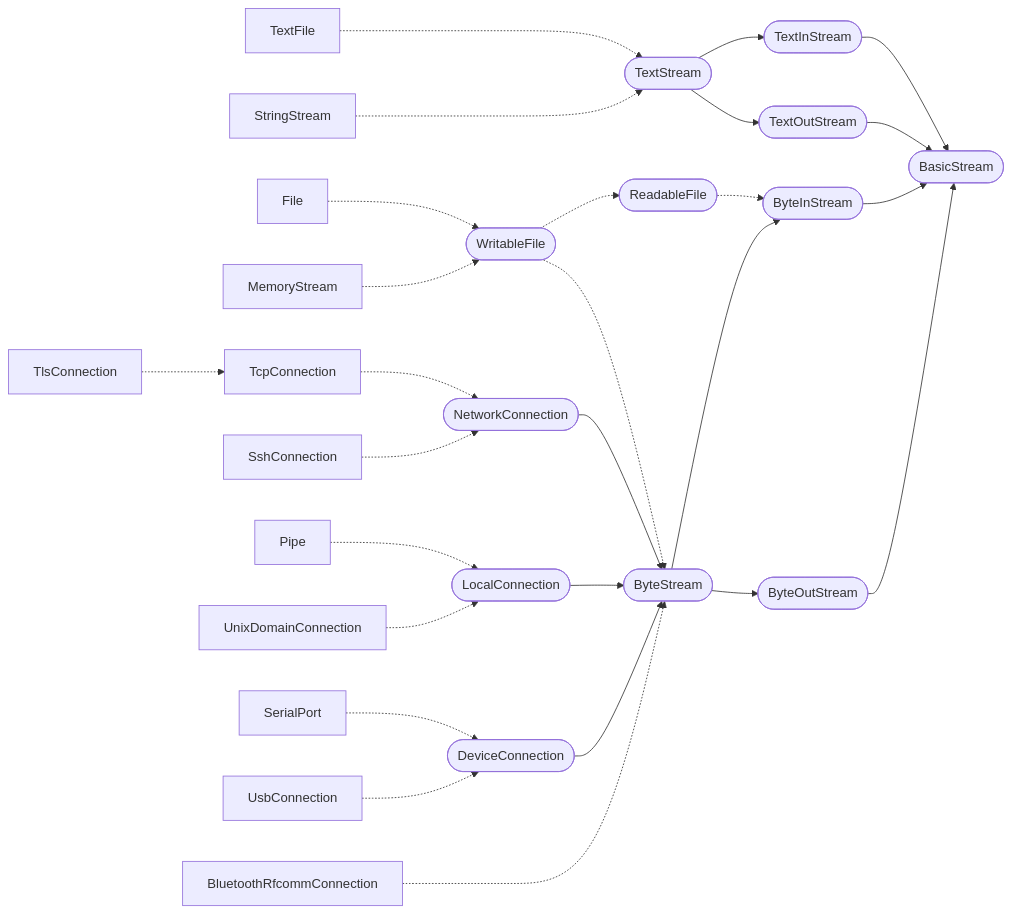
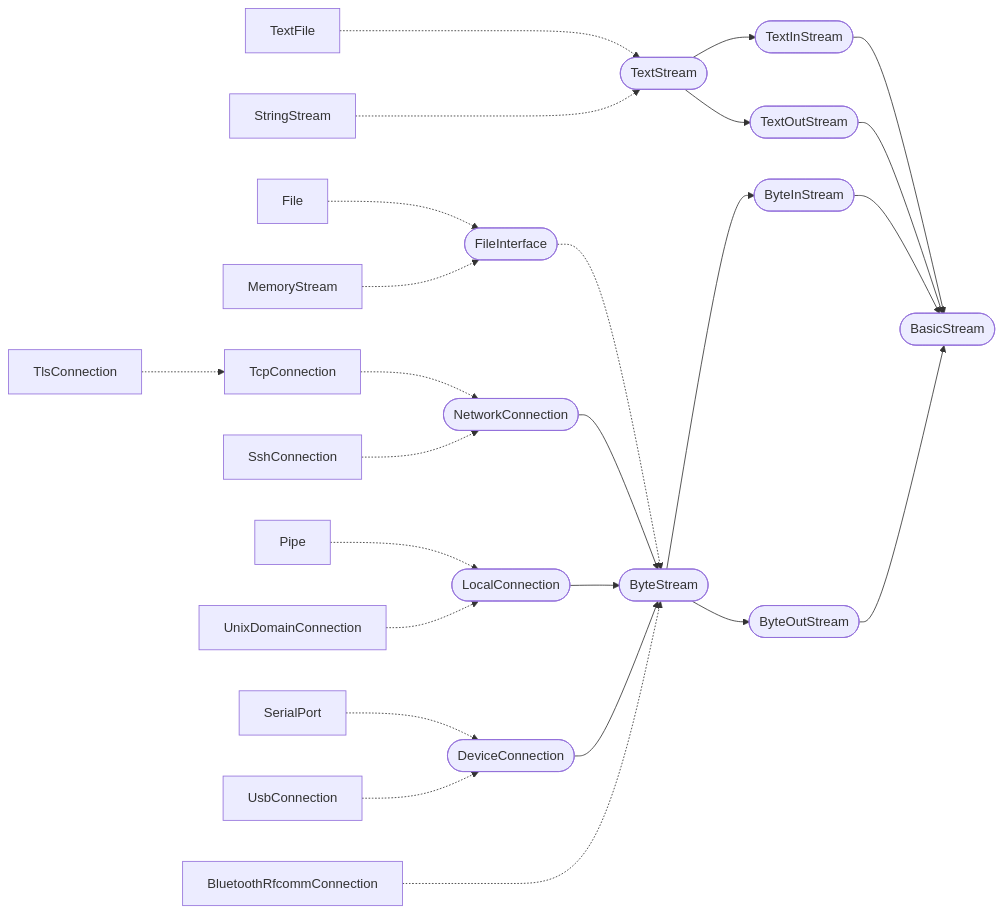
The diagram in 2 Standard Lib/6 Stream, File & CLI.md (laro/Cilia), drawn with Mermaid before and after one commit. The commit also changed other lines of this file, not shown here.

Commit message:
Update 6 Stream, File & CLI.md

````diff
--- a/2 Standard Lib/6 Stream, File & CLI.md
+++ b/2 Standard Lib/6 Stream, File & CLI.md
@@ -280,68 +278,65 @@
 ```mermaid
 flowchart LR
     BasicStream([BasicStream])
 
-    ReadableFile([ReadableFile])
-    WritableFile([WritableFile])
+    FileInterface([FileInterface])
 
     TextStream([TextStream])
     TextInStream([TextInStream])
     TextOutStream([TextOutStream])
 
     TextFile[TextFile]
     StringStream[StringStream]
 
     ByteStream([ByteStream])
     ByteInStream([ByteInStream])
     ByteOutStream([ByteOutStream])
     
     File[File]
     MemoryStream[MemoryStream]
     NetworkConnection([NetworkConnection])
     TcpConnection[TcpConnection]
     TlsConnection[TlsConnection]
     SshConnection[SshConnection]
     LocalConnection([LocalConnection])
     Pipe[Pipe]
     UnixDomainConnection[UnixDomainConnection]
     DeviceConnection([DeviceConnection])
     SerialPort[SerialPort]
     UsbConnection[UsbConnection]
     BluetoothRfcommConnection[BluetoothRfcommConnection]
     
     TextFile -..-> TextStream
     StringStream -..-> TextStream
 
     TextStream --> TextInStream
     TextStream --> TextOutStream
 
     TextInStream --> BasicStream
     TextOutStream --> BasicStream
 
-    File -.-> WritableFile
-    MemoryStream -.-> WritableFile
-    WritableFile -.-> ReadableFile
-    WritableFile -.-> ByteStream
-    ReadableFile -.-> ByteInStream
+    File -.-> FileInterface
+    MemoryStream -.-> FileInterface
+    FileInterface -.-> ByteStream
 
     NetworkConnection --> ByteStream
     LocalConnection --> ByteStream
     DeviceConnection --> ByteStream
     BluetoothRfcommConnection -..-> ByteStream
     
     TcpConnection -.-> NetworkConnection
     TlsConnection -.-> TcpConnection
     SshConnection -.-> NetworkConnection
     
     Pipe -.-> LocalConnection
     UnixDomainConnection -.-> LocalConnection
     
     SerialPort -.-> DeviceConnection
     UsbConnection -.-> DeviceConnection
     
     ByteStream --> ByteInStream
     ByteStream --> ByteOutStream
 
     ByteInStream --> BasicStream
     ByteOutStream --> BasicStream
 ```
````
